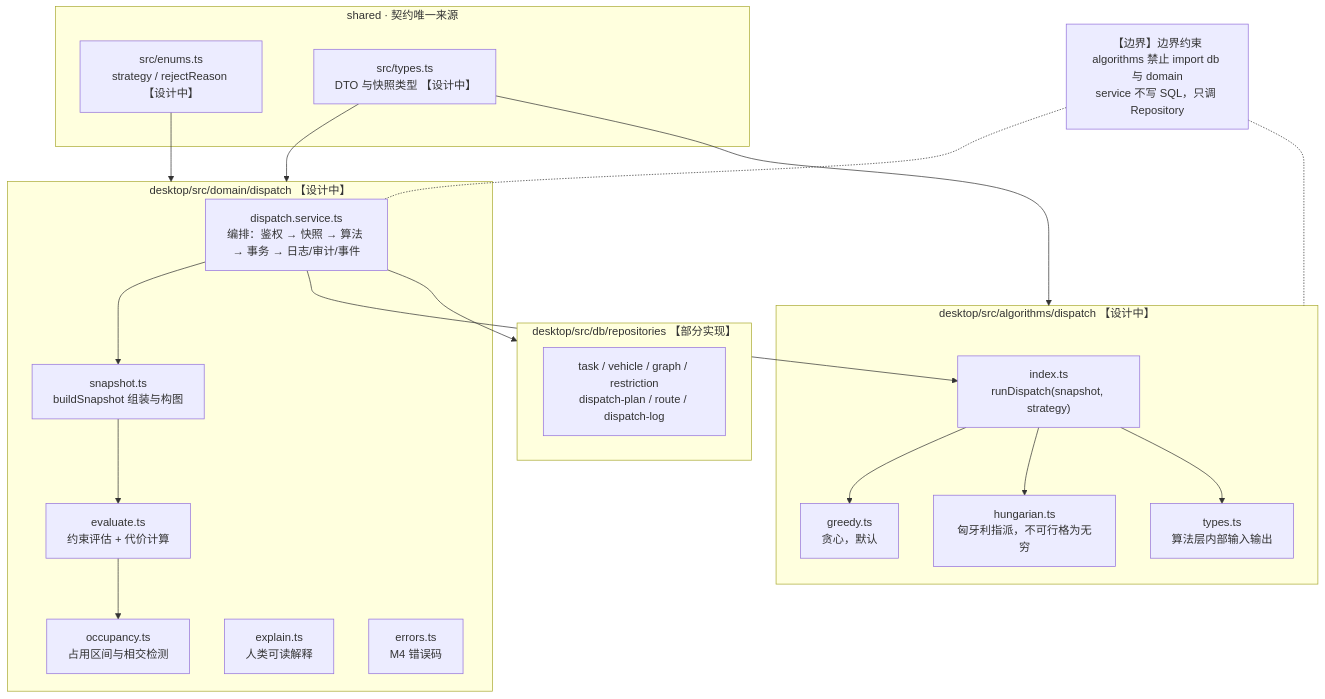
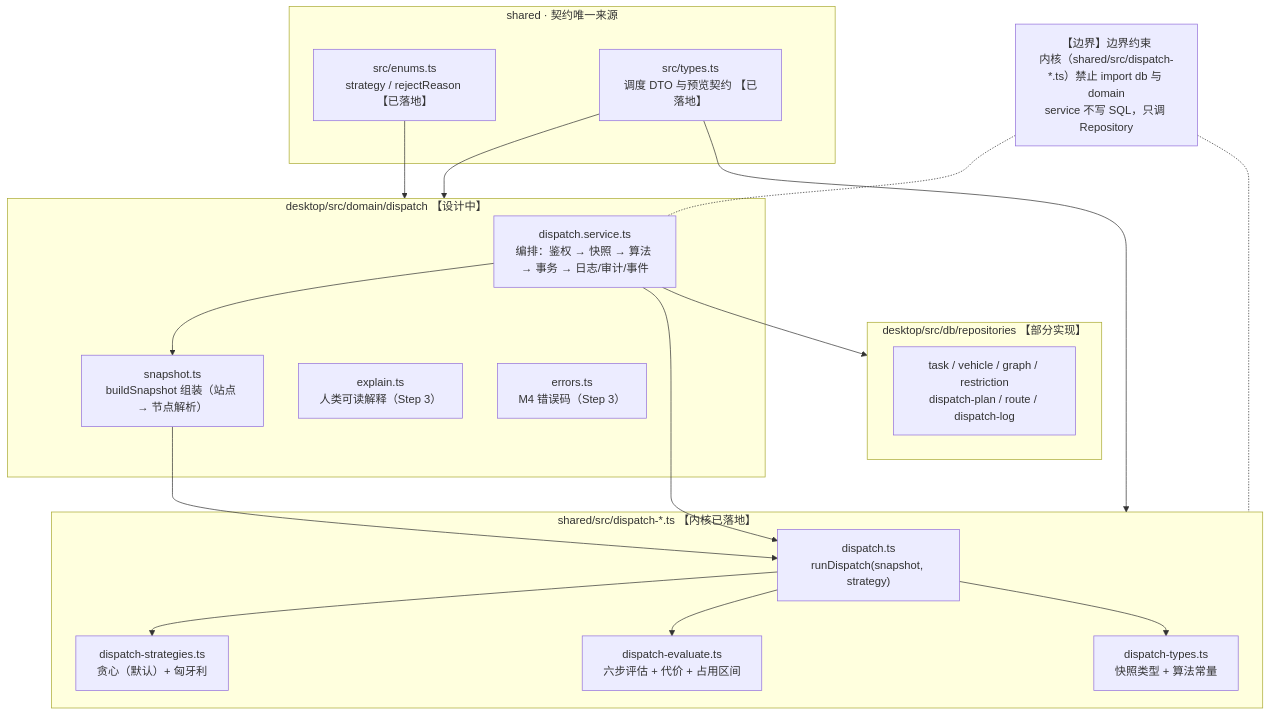
Before and after one commit to sunstflower/831: diagram 15 of 23 in docs/architecture.md, drawn with Mermaid. The commit also changed other lines of this file and 206 other files, not shown here.

````diff
--- a/docs/architecture.md
+++ b/docs/architecture.md
@@ -663,43 +663,40 @@
 ```mermaid
 flowchart TB
   subgraph SHARED["shared · 契约唯一来源"]
-    S1["src/enums.ts<br/>strategy / rejectReason 【设计中】"]
-    S2["src/types.ts<br/>DTO 与快照类型 【设计中】"]
+    S1["src/enums.ts<br/>strategy / rejectReason 【已落地】"]
+    S2["src/types.ts<br/>调度 DTO 与预览契约 【已落地】"]
   end
 
   subgraph DOMAIN["desktop/src/domain/dispatch 【设计中】"]
     D0["dispatch.service.ts<br/>编排：鉴权 → 快照 → 算法 → 事务 → 日志/审计/事件"]
-    D1["snapshot.ts<br/>buildSnapshot 组装与构图"]
-    D2["evaluate.ts<br/>约束评估 + 代价计算"]
-    D3["occupancy.ts<br/>占用区间与相交检测"]
-    D4["explain.ts<br/>人类可读解释"]
-    D5["errors.ts<br/>M4 错误码"]
+    D1["snapshot.ts<br/>buildSnapshot 组装（站点 → 节点解析）"]
+    D4["explain.ts<br/>人类可读解释（Step 3）"]
+    D5["errors.ts<br/>M4 错误码（Step 3）"]
   end
 
-  subgraph ALGO["desktop/src/algorithms/dispatch 【设计中】"]
-    A0["index.ts<br/>runDispatch(snapshot, strategy)"]
-    A1["greedy.ts<br/>贪心，默认"]
-    A2["hungarian.ts<br/>匈牙利指派，不可行格为无穷"]
-    A3["types.ts<br/>算法层内部输入输出"]
+  subgraph ALGO["shared/src/dispatch-*.ts 【内核已落地】"]
+    A0["dispatch.ts<br/>runDispatch(snapshot, strategy)"]
+    A1["dispatch-strategies.ts<br/>贪心（默认）+ 匈牙利"]
+    A2["dispatch-evaluate.ts<br/>六步评估 + 代价 + 占用区间"]
+    A3["dispatch-types.ts<br/>快照类型 + 算法常量"]
   end
 
   subgraph REPO["desktop/src/db/repositories 【部分实现】"]
     RP["task / vehicle / graph / restriction<br/>dispatch-plan / route / dispatch-log"]
   end
 
   S1 --> DOMAIN
   S2 --> DOMAIN
   S2 --> ALGO
   D0 --> D1
   D0 --> A0
-  D1 --> D2
-  D2 --> D3
+  D1 --> A0
   D0 --> REPO
   A0 --> A1
   A0 --> A2
   A0 --> A3
 
-  BAN["【边界】边界约束<br/>algorithms 禁止 import db 与 domain<br/>service 不写 SQL，只调 Repository"]
+  BAN["【边界】边界约束<br/>内核（shared/src/dispatch-*.ts）禁止 import db 与 domain<br/>service 不写 SQL，只调 Repository"]
   BAN -.- ALGO
   BAN -.- D0
 ```
````
